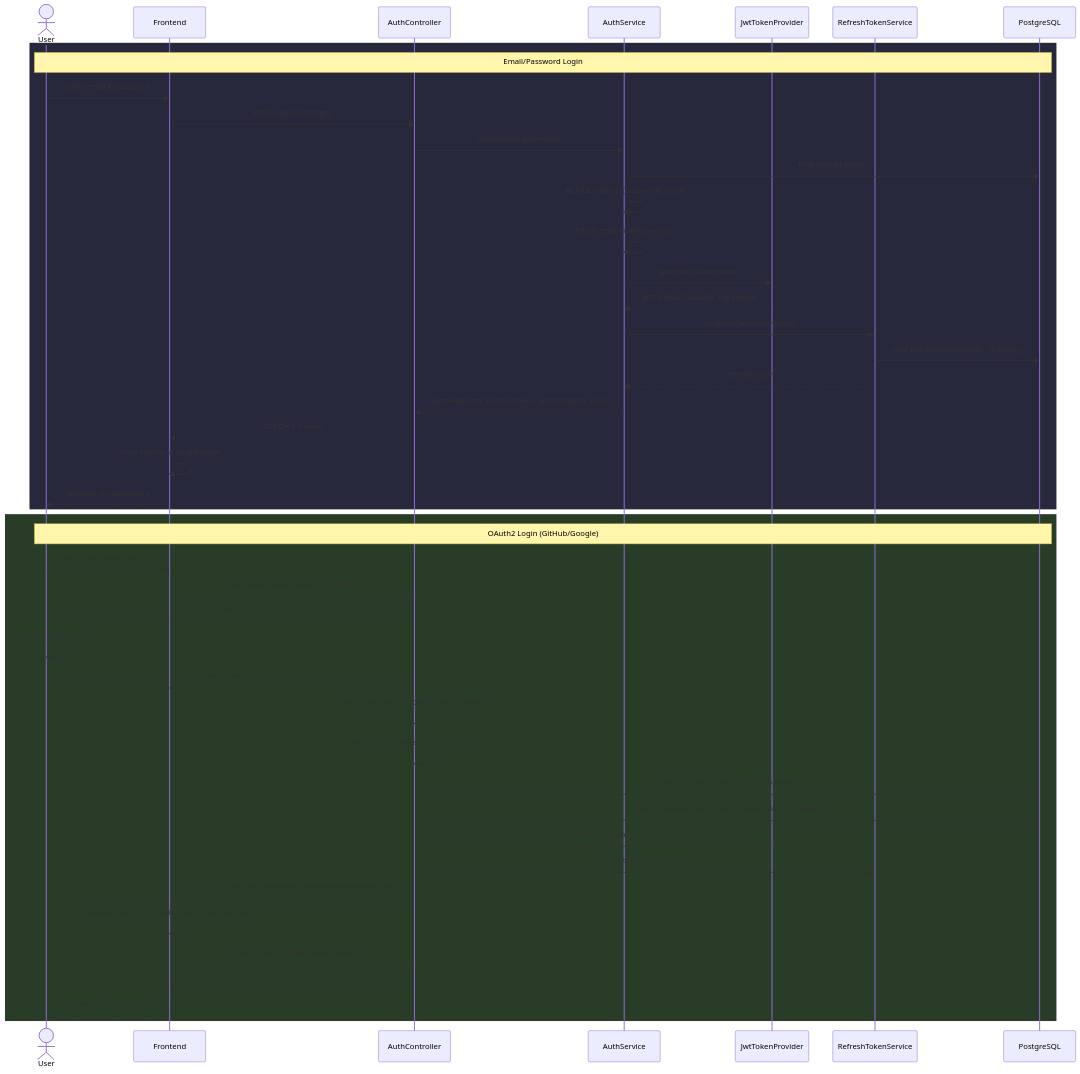
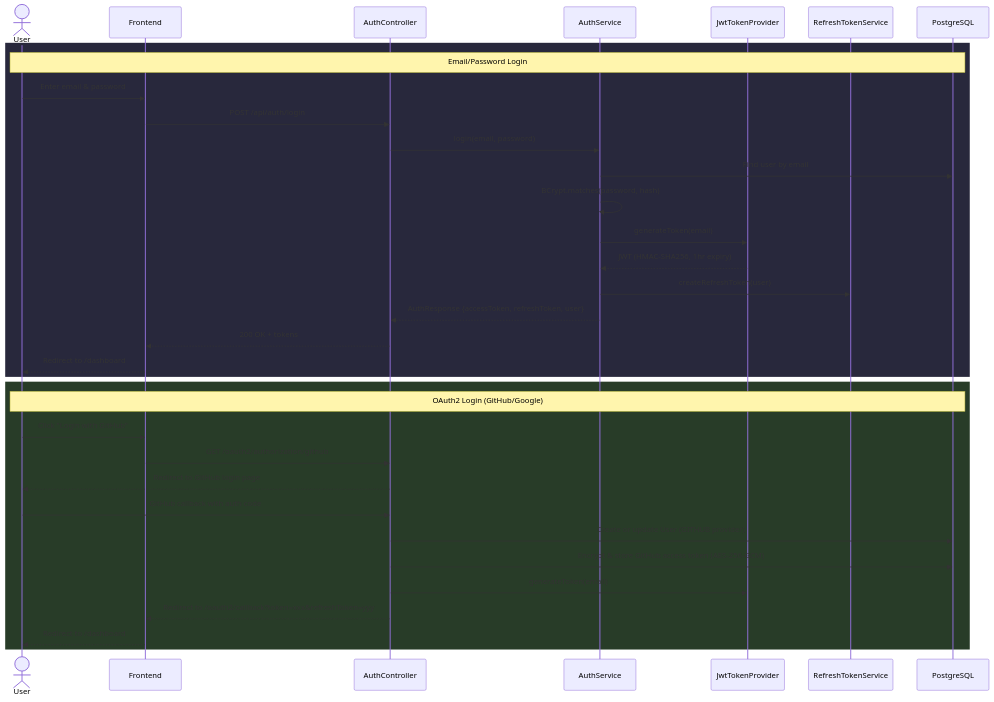
One commit to Manish0085/Git-To-Go changed the second of 4 diagrams in README.md. Above: the diagram before and after it, drawn with Mermaid. The commit also changed other lines of this file and 5 other files, not shown here.

````diff
--- a/README.md
+++ b/README.md
@@ -115,49 +182,38 @@
 ```mermaid
 sequenceDiagram
     actor User
     participant Frontend
     participant AuthController
     participant AuthService
     participant JwtTokenProvider
     participant RefreshTokenService
     participant DB as PostgreSQL
 
     rect rgb(40, 40, 60)
     Note over User,DB: Email/Password Login
     User->>Frontend: Enter email & password
     Frontend->>AuthController: POST /api/auth/login
     AuthController->>AuthService: login(email, password)
     AuthService->>DB: Find user by email
     AuthService->>AuthService: BCrypt.matches(password, hash)
-    AuthService->>AuthService: Check emailVerified == true
     AuthService->>JwtTokenProvider: generateToken(email)
     JwtTokenProvider-->>AuthService: JWT (HMAC-SHA256, 1hr expiry)
     AuthService->>RefreshTokenService: createRefreshToken(user)
-    RefreshTokenService->>DB: Save RefreshToken (UUID, 7d expiry)
-    RefreshTokenService-->>AuthService: refreshToken
     AuthService-->>AuthController: AuthResponse {accessToken, refreshToken, user}
     AuthController-->>Frontend: 200 OK + tokens
-    Frontend->>Frontend: Store tokens in localStorage
     Frontend-->>User: Redirect to /dashboard
     end
 
     rect rgb(40, 60, 40)
     Note over User,DB: OAuth2 Login (GitHub/Google)
     User->>Frontend: Click "Login with GitHub"
     Frontend->>AuthController: GET /oauth2/authorization/github
     AuthController-->>User: Redirect to GitHub login page
-    User->>User: Authorize on GitHub
     User->>AuthController: GitHub callback with auth code
-    AuthController->>AuthController: Exchange code for GitHub access token
-    AuthController->>AuthController: Fetch user profile from GitHub API
     AuthController->>DB: Create or update User (GITHUB provider)
     AuthController->>DB: Encrypt & store GitHub access token (AES-256-GCM)
     AuthController->>JwtTokenProvider: generateToken(email)
-    AuthController->>RefreshTokenService: createRefreshToken(user)
     AuthController-->>Frontend: Redirect to /oauth2/callback?token=xxx&refreshToken=yyy
-    Frontend->>Frontend: Extract tokens from URL, store in localStorage
-    Frontend->>AuthController: GET /api/user/me (with Bearer token)
-    AuthController-->>Frontend: User profile
     Frontend-->>User: Redirect to /dashboard
     end
 ```
````
